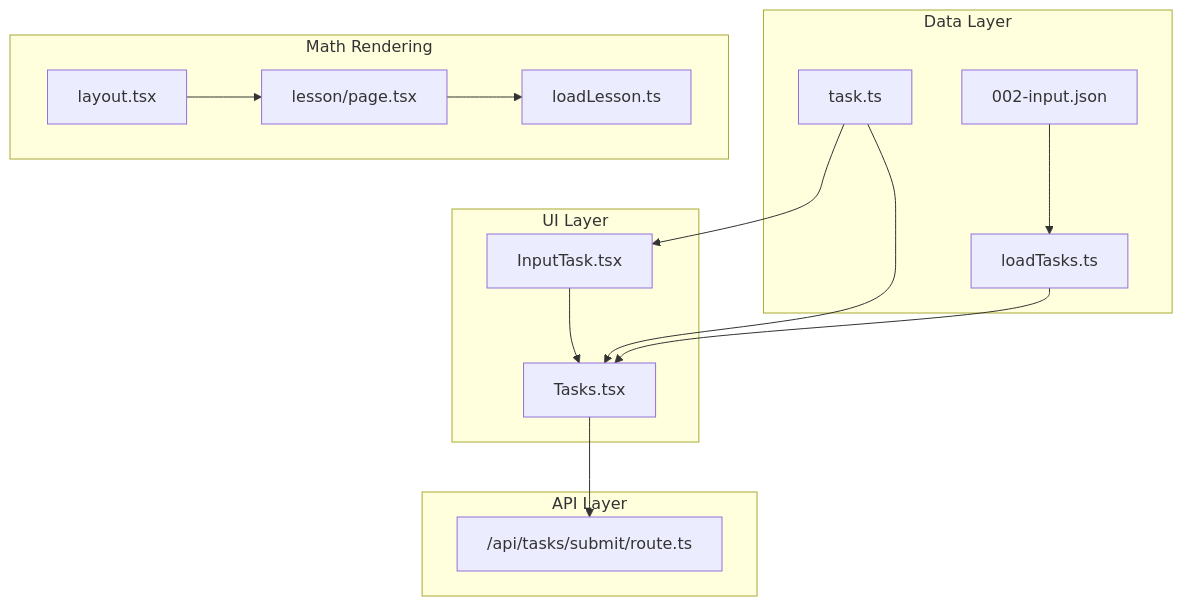
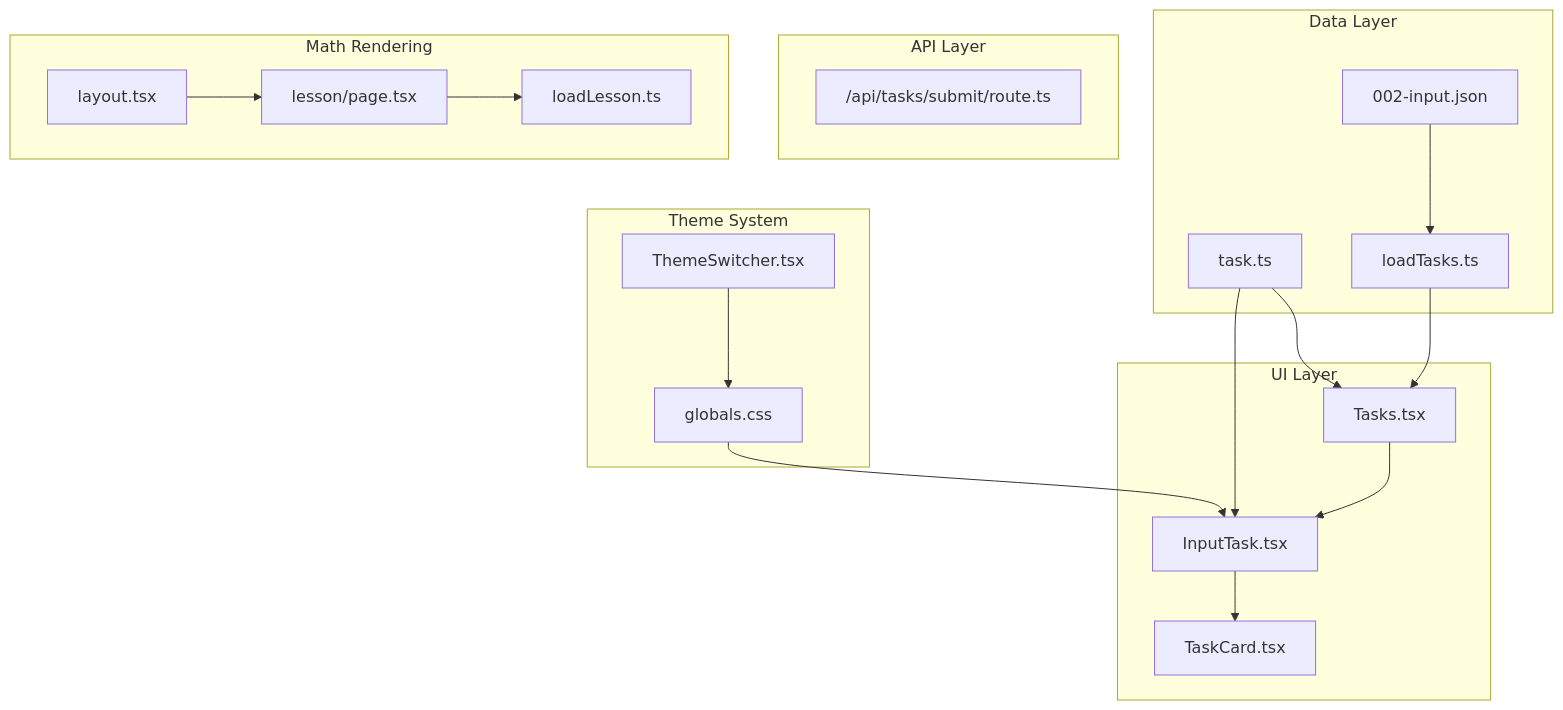
Before and after one commit to AlexKutz/math-app-next-js: the first of 3 diagrams in .qoder/repowiki/en/content/Core Features/Learning Interface/Input-based Tasks.md, drawn with Mermaid. The commit also changed other lines of this file and 125 other files, not shown here.

````diff
--- a/.qoder/repowiki/en/content/Core Features/Learning Interface/Input-based Tasks.md
+++ b/.qoder/repowiki/en/content/Core Features/Learning Interface/Input-based Tasks.md
@@ -43,28 +57,35 @@
 ```mermaid
 graph TB
 subgraph "UI Layer"
 IT["InputTask.tsx"]
+TC["TaskCard.tsx"]
 TS["Tasks.tsx"]
 end
 subgraph "Data Layer"
 T["task.ts"]
 L["loadTasks.ts"]
 J["002-input.json"]
 end
 subgraph "API Layer"
 R["/api/tasks/submit/route.ts"]
 end
+subgraph "Theme System"
+GS["globals.css"]
+TSW["ThemeSwitcher.tsx"]
+end
 subgraph "Math Rendering"
 LP["lesson/page.tsx"]
 LL["loadLesson.ts"]
 LT["layout.tsx"]
 end
-IT --> TS
-TS --> R
+IT --> TC
+TS --> IT
 T --> IT
 T --> TS
 L --> TS
 J --> L
+GS --> IT
+TSW --> GS
 LP --> LL
 LT --> LP
 ```
````
